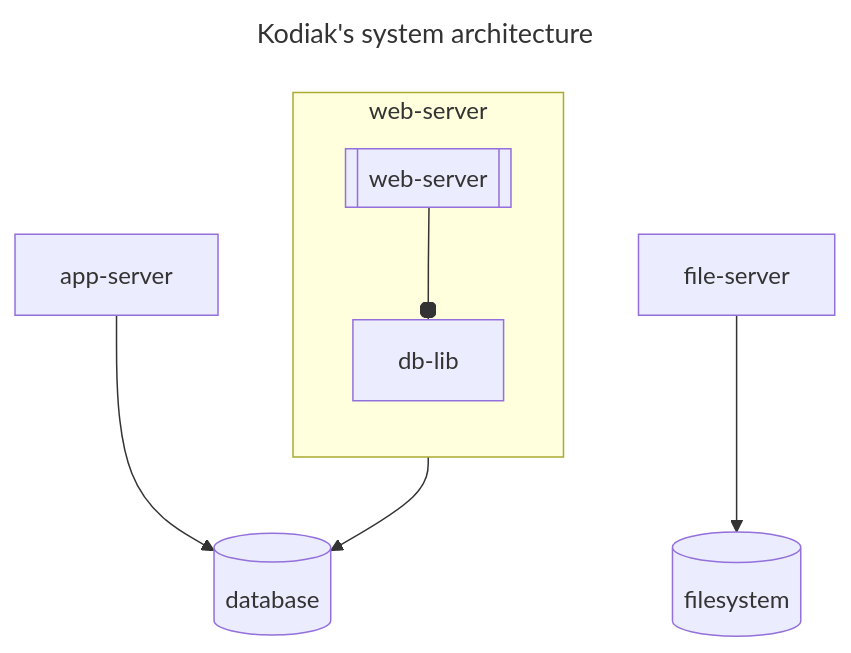
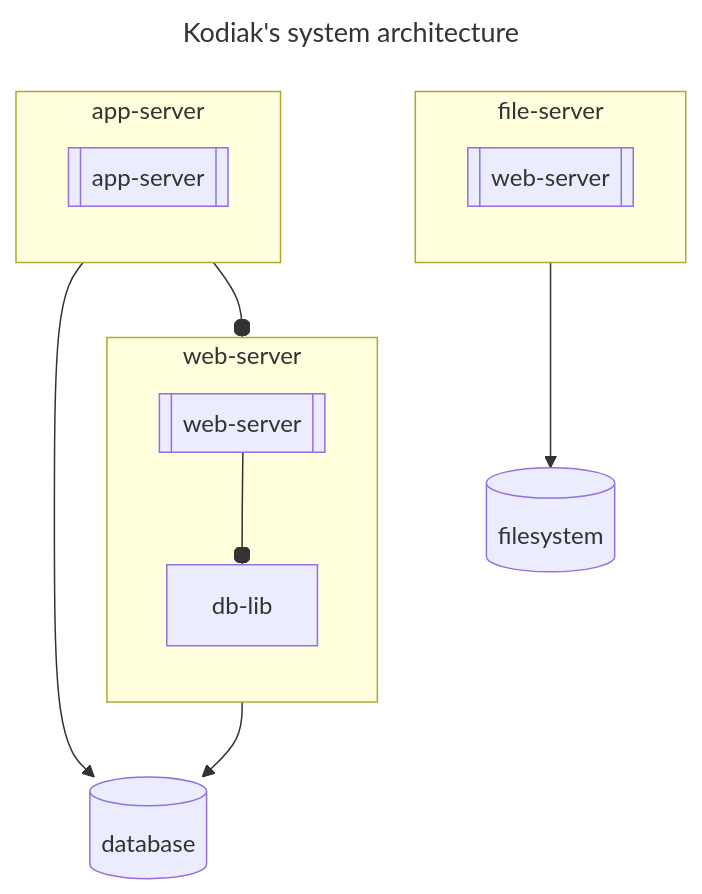
Before and after one commit to polarlabs/kodiak-diagrams: the first of 2 diagrams in SYSTEM-ARCHITECTURE.md, drawn with Mermaid.

Commit message:
mod: additional parts.

````diff
--- a/SYSTEM-ARCHITECTURE.md
+++ b/SYSTEM-ARCHITECTURE.md
@@ -5,14 +5,22 @@
 ```mermaid
 ---
 title: Kodiak's system architecture
 ---
 flowchart TB
   direction TB
+  subgraph file-server
+    direction TB
+    file-server.pro[[web-server]]
+  end
   subgraph web-server
     direction TB
     web-server.pro[[web-server]] --o db-lib
+  end
+  subgraph app-server
+    direction TB
+    app-server.pro[[app-server]] --o db-lib
   end
   file-server --> filesystem[(filesystem)]
   web-server --> database[(database)]
   app-server --> database[(database)]
 ```
````
